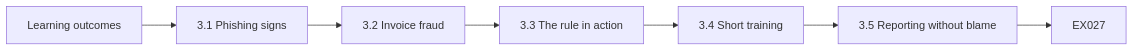
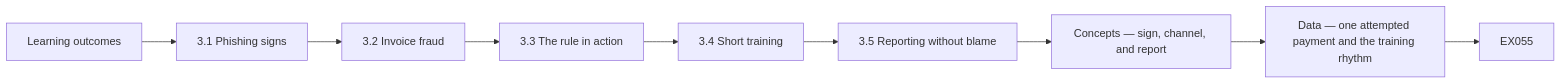
The eighth of 12 diagrams in levels/rapid-1-month/information-security/en/book/MANUSCRIPT.md (hiagokinlevi/CyKin), drawn with Mermaid before and after one commit. The commit also changed other lines of this file and 1 other file, not shown here.

````diff
--- a/levels/rapid-1-month/information-security/en/book/MANUSCRIPT.md
+++ b/levels/rapid-1-month/information-security/en/book/MANUSCRIPT.md
@@ -327,10 +454,12 @@
 ```mermaid
 flowchart LR
   N0["Learning outcomes"]
   N1["3.1 Phishing signs"]
   N2["3.2 Invoice fraud"]
   N3["3.3 The rule in action"]
   N4["3.4 Short training"]
   N5["3.5 Reporting without blame"]
-  N0 --> N1 --> N2 --> N3 --> N4 --> N5 --> Q["EX027"]
+  N6["Concepts — sign, channel, and report"]
+  N7["Data — one attempted payment and the training rhythm"]
+  N0 --> N1 --> N2 --> N3 --> N4 --> N5 --> N6 --> N7 --> Q["EX055"]
 ```
````
